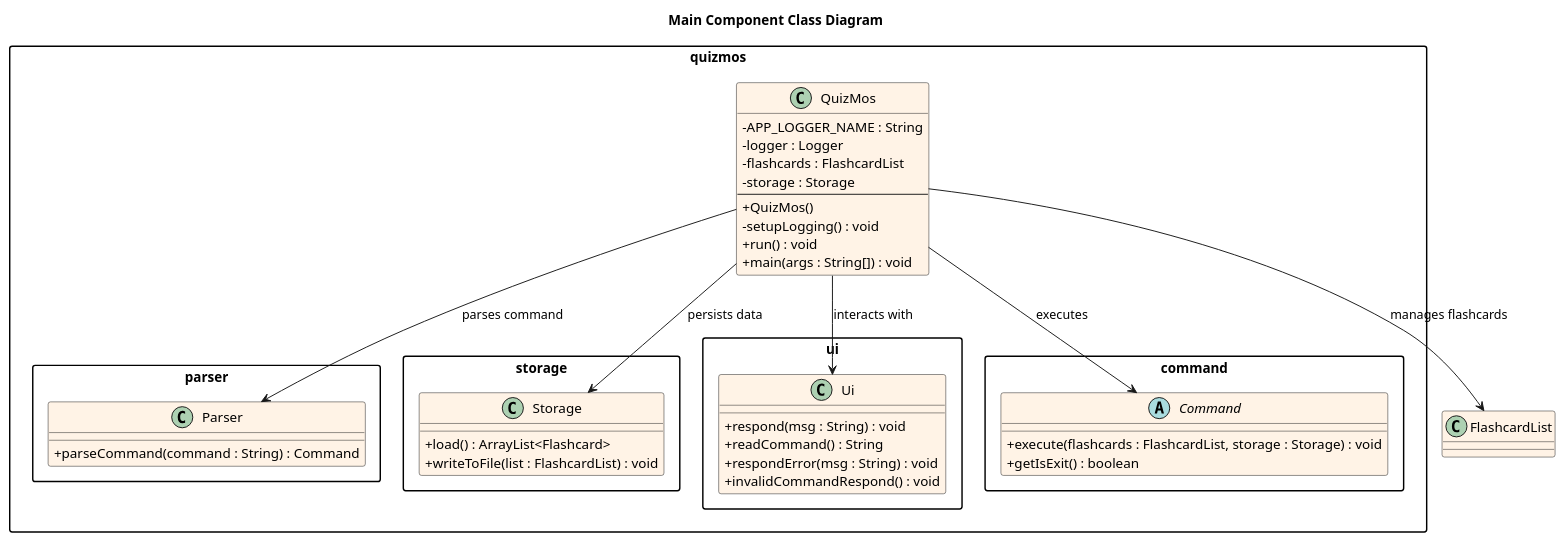
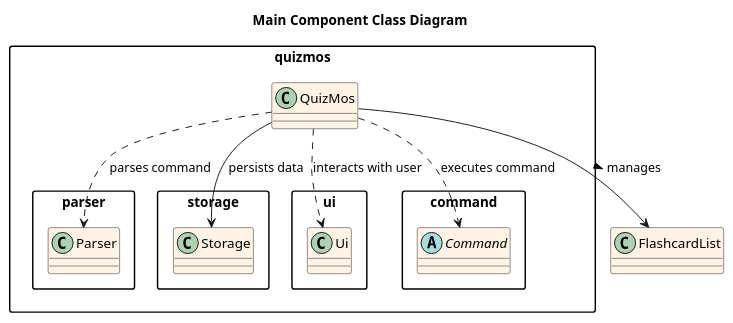
Before and after one commit to ashutoshalung/tp: the diagram in docs/diagrams/MainComponent_ClassDiagram.puml, drawn with PlantUML. The commit also changed 5 other files, not shown here.

Commit message:
Fix DG class diagrams

```diff
--- a/docs/diagrams/MainComponent_ClassDiagram.puml
+++ b/docs/diagrams/MainComponent_ClassDiagram.puml
@@ -1,58 +1,37 @@
 @startuml MainComponent_ClassDiagram
 
 title Main Component Class Diagram
 
 skinparam classAttributeIconSize 0
 skinparam classBackgroundColor #FFF3E6
 skinparam packageStyle rectangle
+skinparam shadowing false
 
 package "quizmos" {
-    class QuizMos {
-        - APP_LOGGER_NAME : String
-        - logger : Logger
-        - flashcards : FlashcardList
-        - storage : Storage
-        --
-        + QuizMos()
-        - setupLogging() : void
-        + run() : void
-        + main(args : String[]) : void
-    }
+    class QuizMos
 }
 
 package "quizmos.parser" {
-    class Parser {
-        + parseCommand(command : String) : Command
-    }
+    class Parser
 }
 
 package "quizmos.storage" {
-    class Storage {
-        + load() : ArrayList<Flashcard>
-        + writeToFile(list : FlashcardList) : void
-    }
+    class Storage
 }
 
 package "quizmos.ui" {
-    class Ui {
-        + respond(msg : String) : void
-        + readCommand() : String
-        + respondError(msg : String) : void
-        + invalidCommandRespond() : void
-    }
+    class Ui
 }
 
 package "quizmos.command" {
-    abstract class Command {
-        + execute(flashcards : FlashcardList, storage : Storage) : void
-        + getIsExit() : boolean
-    }
+    abstract class Command
 }
 
-QuizMos --> Parser : parses command
-QuizMos --> Command : executes
-QuizMos --> Ui : interacts with
+/' Relationships '/
+QuizMos --> FlashcardList : manages >
+QuizMos ..> Parser : parses command
+QuizMos ..> Command : executes command
 QuizMos --> Storage : persists data
-QuizMos --> FlashcardList : manages flashcards
+QuizMos ..> Ui : interacts with user
 
 @enduml
```
